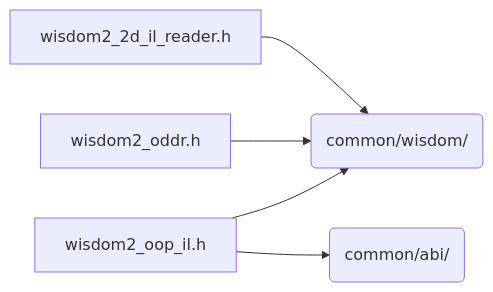
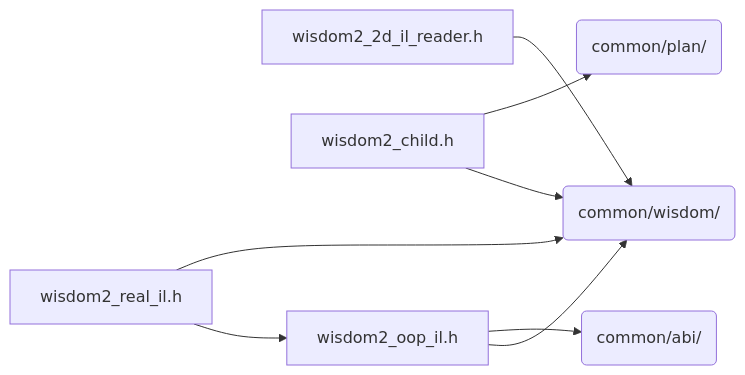
One commit to Tugbars/VectorFFT changed the diagram in docs/architecture/generated/folders/il__wisdom.md. Above: the diagram before and after it, drawn with Mermaid. The commit also changed other lines of this file and 98 other files, not shown here.

Commit message:
regenerated architecture drawings

````diff
--- a/docs/architecture/generated/folders/il__wisdom.md
+++ b/docs/architecture/generated/folders/il__wisdom.md
@@ -12,12 +13,17 @@
 ```mermaid
 flowchart LR
     n_il_wisdom_wisdom2_2d_il_reader_h["wisdom2_2d_il_reader.h"]
-    n_il_wisdom_wisdom2_oddr_h["wisdom2_oddr.h"]
+    n_il_wisdom_wisdom2_child_h["wisdom2_child.h"]
     n_il_wisdom_wisdom2_oop_il_h["wisdom2_oop_il.h"]
+    n_il_wisdom_wisdom2_real_il_h["wisdom2_real_il.h"]
     n_dir_common_abi("common/abi/")
+    n_dir_common_plan("common/plan/")
     n_dir_common_wisdom("common/wisdom/")
     n_il_wisdom_wisdom2_2d_il_reader_h --> n_dir_common_wisdom
-    n_il_wisdom_wisdom2_oddr_h --> n_dir_common_wisdom
+    n_il_wisdom_wisdom2_child_h --> n_dir_common_plan
+    n_il_wisdom_wisdom2_child_h --> n_dir_common_wisdom
     n_il_wisdom_wisdom2_oop_il_h --> n_dir_common_abi
     n_il_wisdom_wisdom2_oop_il_h --> n_dir_common_wisdom
+    n_il_wisdom_wisdom2_real_il_h --> n_dir_common_wisdom
+    n_il_wisdom_wisdom2_real_il_h --> n_il_wisdom_wisdom2_oop_il_h
 ```
````
